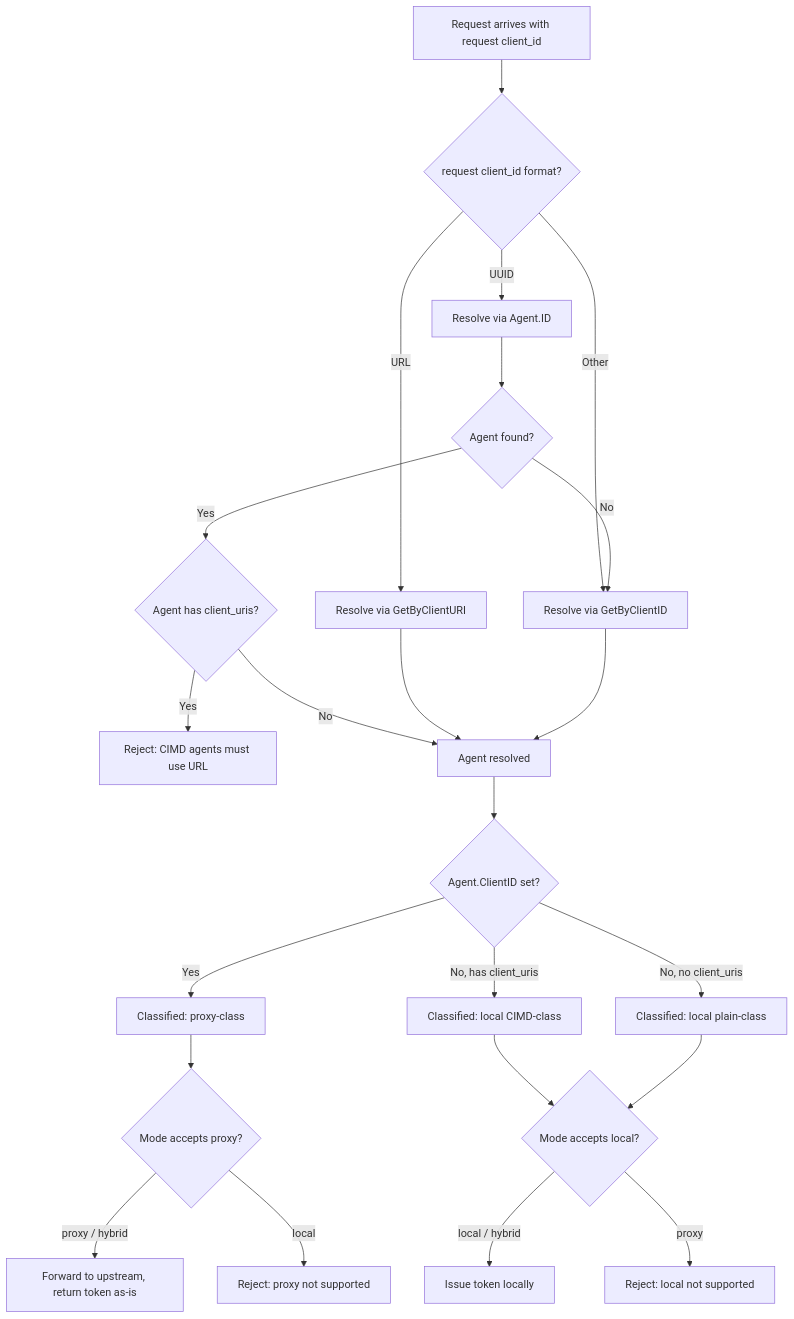
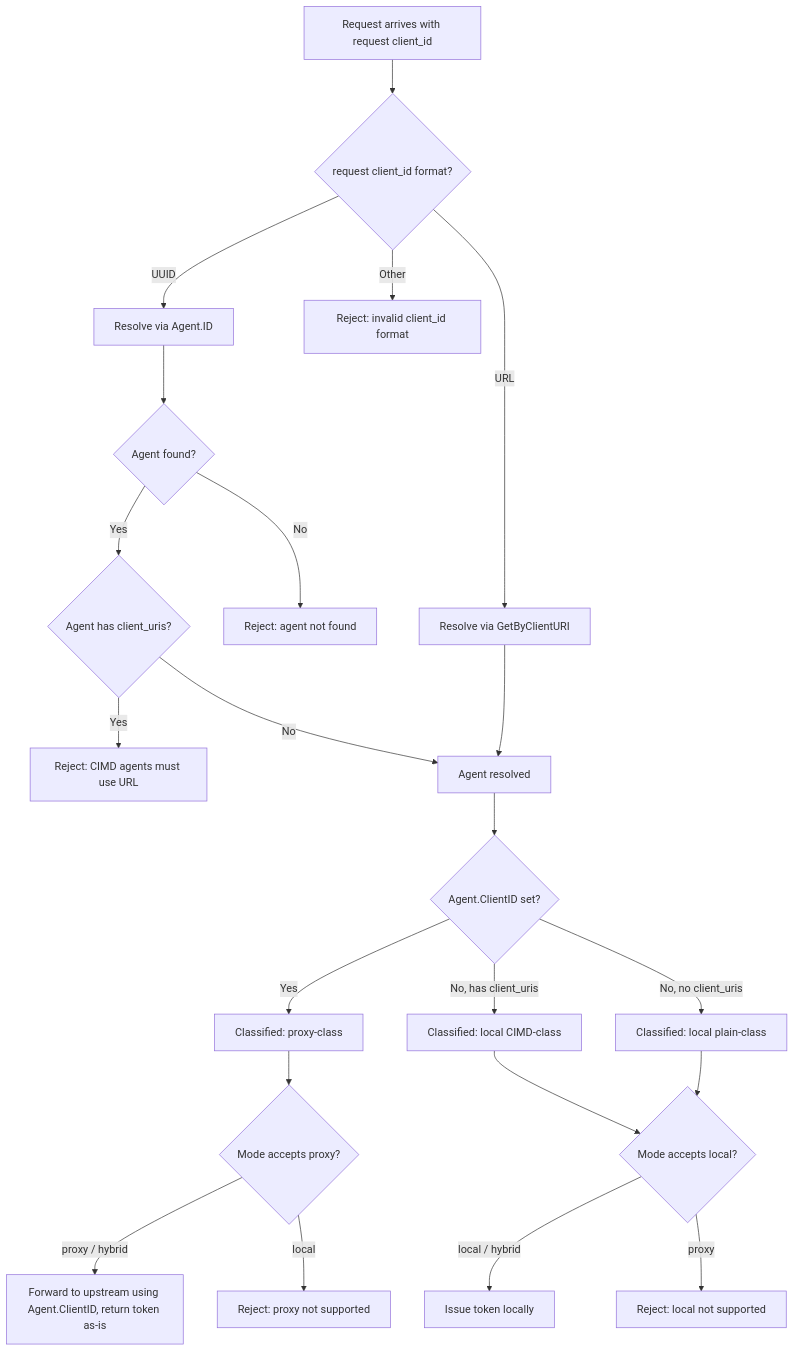
One commit to axsaucedo/agentic-identity-broker changed the second of 2 diagrams in specs/030-hybrid-oauth-modes/spec.md. Above: the diagram before and after it, drawn with Mermaid. The commit also changed other lines of this file and 1 other file, not shown here.

Commit message:
refactor(oauth): streamline agent resolution and classification for hybrid mode

````diff
--- a/specs/030-hybrid-oauth-modes/spec.md
+++ b/specs/030-hybrid-oauth-modes/spec.md
@@ -168,25 +168,24 @@
 ```mermaid
 flowchart TD
     A["Request arrives with request client_id"] --> B{"request client_id format?"}
     B -->|URL| C["Resolve via GetByClientURI"]
     B -->|UUID| D["Resolve via Agent.ID"]
-    B -->|Other| E["Resolve via GetByClientID"]
+    B -->|Other| X["Reject: invalid client_id format"]
     D --> D1{"Agent found?"}
-    D1 -->|No| E
+    D1 -->|No| Y["Reject: agent not found"]
     D1 -->|Yes| D2{"Agent has client_uris?"}
     D2 -->|Yes| D3["Reject: CIMD agents must use URL"]
     D2 -->|No| F["Agent resolved"]
     C --> F
-    E --> F
     F --> G{"Agent.ClientID set?"}
     G -->|Yes| H["Classified: proxy-class"]
     G -->|No, has client_uris| I["Classified: local CIMD-class"]
     G -->|No, no client_uris| J["Classified: local plain-class"]
     H --> K{"Mode accepts proxy?"}
     I --> L{"Mode accepts local?"}
     J --> L
-    K -->|"proxy / hybrid"| M["Forward to upstream, return token as-is"]
+    K -->|"proxy / hybrid"| M["Forward to upstream using Agent.ClientID, return token as-is"]
     K -->|"local"| N["Reject: proxy not supported"]
     L -->|"local / hybrid"| O["Issue token locally"]
     L -->|"proxy"| P["Reject: local not supported"]
 ```
````
